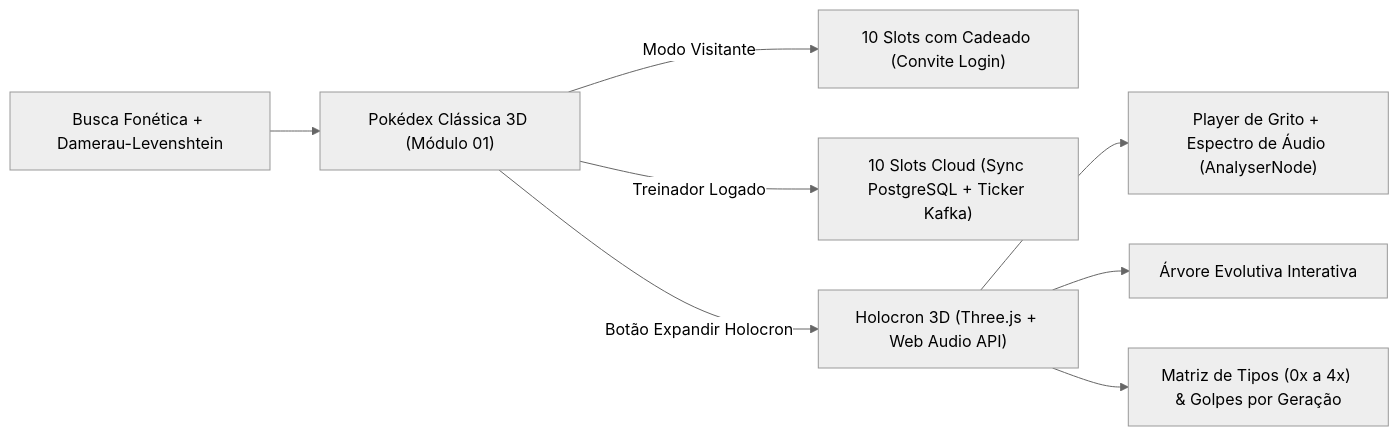
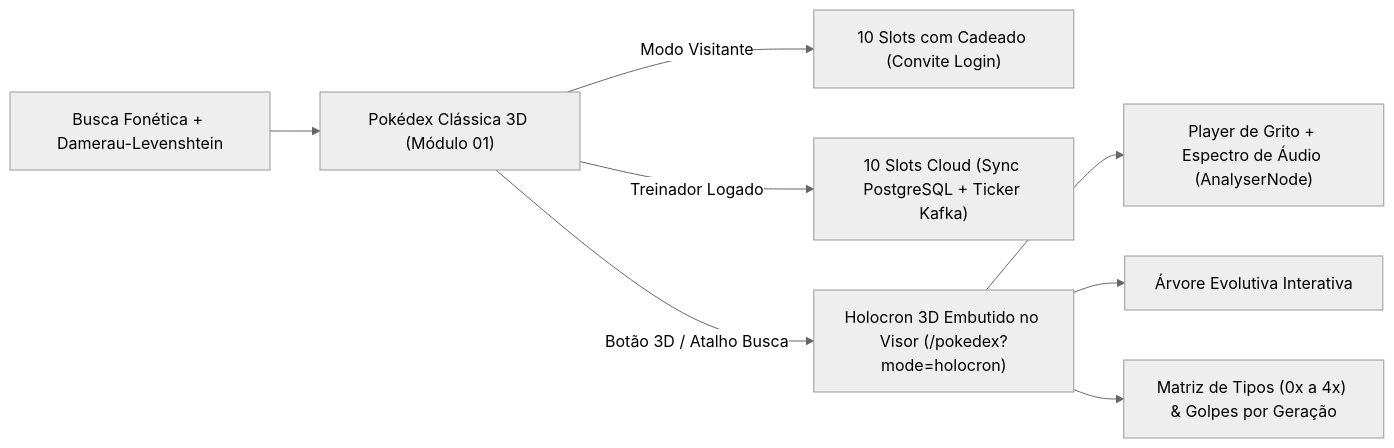
One commit to Digooow/pokedex-frontend changed the diagram in docs/08-museu-lore-e-holocron-pokedex.md. Above: the diagram before and after it, drawn with Mermaid (neutral theme). The commit also changed other lines of this file and 90 other files, not shown here.

Commit message:
feat: add swap functionality for Pokedex slots and mock API responses for moves

````diff
--- a/docs/08-museu-lore-e-holocron-pokedex.md
+++ b/docs/08-museu-lore-e-holocron-pokedex.md
@@ -13,10 +13,10 @@
 ```mermaid
 flowchart LR
   Input["Busca Fonética + Damerau-Levenshtein"] --> Classic["Pokédex Clássica 3D (Módulo 01)"]
   Classic -->|"Modo Visitante"| ReadSlots["10 Slots com Cadeado (Convite Login)"]
   Classic -->|"Treinador Logado"| CloudSlots["10 Slots Cloud (Sync PostgreSQL + Ticker Kafka)"]
-  Classic -->|"Botão Expandir Holocron"| Holocron["Holocron 3D (Three.js + Web Audio API)"]
+  Classic -->|"Botão 3D / Atalho Busca"| Holocron["Holocron 3D Embutido no Visor (/pokedex?mode=holocron)"]
   Holocron --> Cry["Player de Grito + Espectro de Áudio (AnalyserNode)"]
   Holocron --> Evo["Árvore Evolutiva Interativa"]
   Holocron --> Matrix["Matriz de Tipos (0x a 4x) & Golpes por Geração"]
 ```
````
